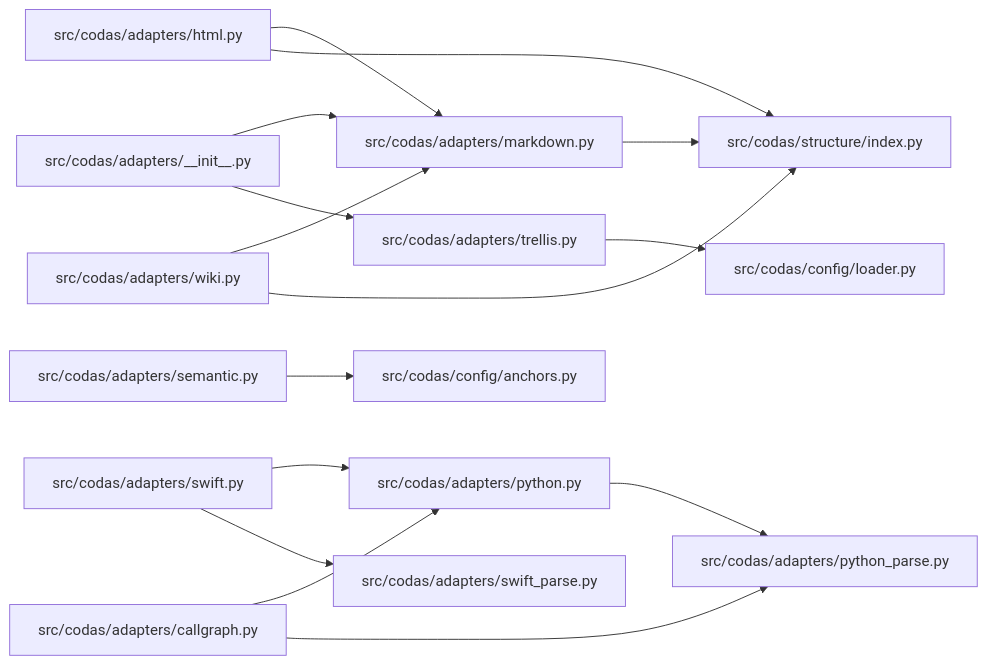
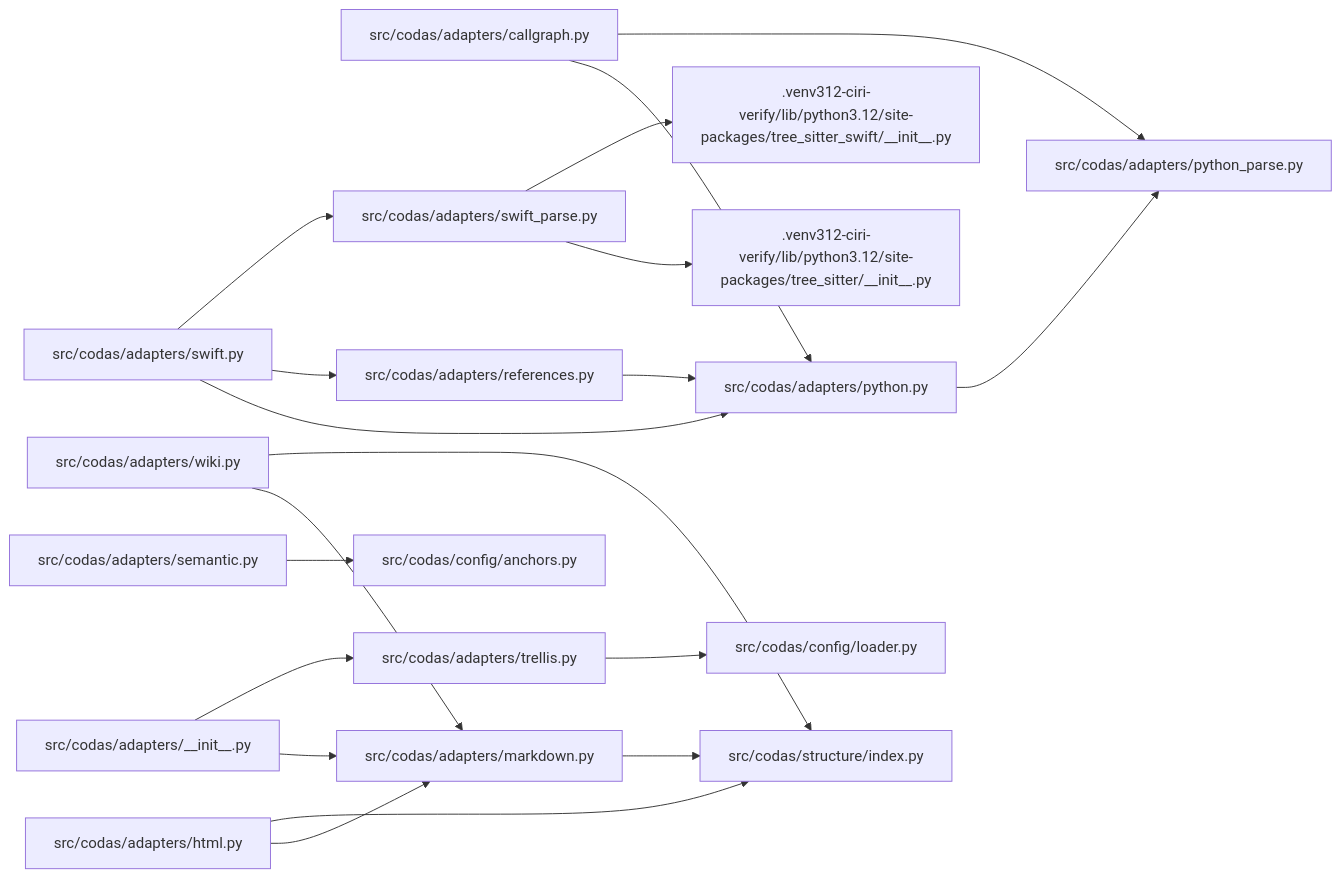
Before and after one commit to oydodo/codas: the diagram in wiki/codas-adapters.md, drawn with Mermaid. The commit also changed other lines of this file and 28 other files, not shown here.

Commit message:
feat: add multilang graph coverage

````diff
--- a/wiki/codas-adapters.md
+++ b/wiki/codas-adapters.md
@@ -173,31 +197,38 @@
 ```mermaid
 graph LR
-  n0["src/codas/adapters/__init__.py"]
-  n1["src/codas/adapters/callgraph.py"]
-  n2["src/codas/adapters/html.py"]
-  n3["src/codas/adapters/markdown.py"]
-  n4["src/codas/adapters/python.py"]
-  n5["src/codas/adapters/python_parse.py"]
-  n6["src/codas/adapters/semantic.py"]
-  n7["src/codas/adapters/swift.py"]
-  n8["src/codas/adapters/swift_parse.py"]
-  n9["src/codas/adapters/trellis.py"]
-  n10["src/codas/adapters/wiki.py"]
-  n11["src/codas/config/anchors.py"]
-  n12["src/codas/config/loader.py"]
-  n13["src/codas/structure/index.py"]
-  n0 --> n3
-  n0 --> n9
-  n1 --> n4
-  n1 --> n5
-  n2 --> n3
-  n2 --> n13
-  n3 --> n13
+  n0[".venv312-ciri-verify/lib/python3.12/site-packages/tree_sitter/__init__.py"]
+  n1[".venv312-ciri-verify/lib/python3.12/site-packages/tree_sitter_swift/__init__.py"]
+  n2["src/codas/adapters/__init__.py"]
+  n3["src/codas/adapters/callgraph.py"]
+  n4["src/codas/adapters/html.py"]
+  n5["src/codas/adapters/markdown.py"]
+  n6["src/codas/adapters/python.py"]
+  n7["src/codas/adapters/python_parse.py"]
+  n8["src/codas/adapters/references.py"]
+  n9["src/codas/adapters/semantic.py"]
+  n10["src/codas/adapters/swift.py"]
+  n11["src/codas/adapters/swift_parse.py"]
+  n12["src/codas/adapters/trellis.py"]
+  n13["src/codas/adapters/wiki.py"]
+  n14["src/codas/config/anchors.py"]
+  n15["src/codas/config/loader.py"]
+  n16["src/codas/structure/index.py"]
+  n2 --> n5
+  n2 --> n12
+  n3 --> n6
+  n3 --> n7
   n4 --> n5
-  n6 --> n11
-  n7 --> n4
-  n7 --> n8
-  n9 --> n12
-  n10 --> n3
-  n10 --> n13
+  n4 --> n16
+  n5 --> n16
+  n6 --> n7
+  n8 --> n6
+  n9 --> n14
+  n10 --> n6
+  n10 --> n8
+  n10 --> n11
+  n11 --> n0
+  n11 --> n1
+  n12 --> n15
+  n13 --> n5
+  n13 --> n16
 ```
````
